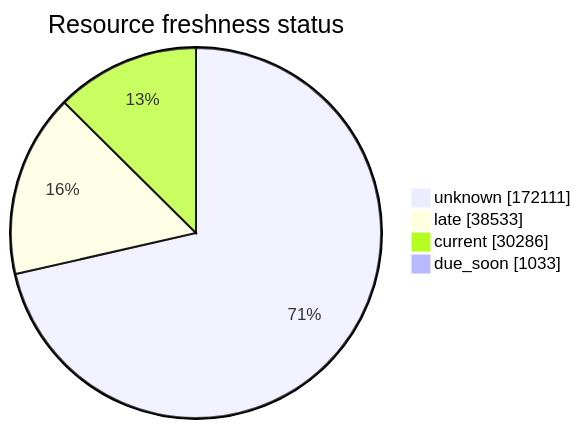
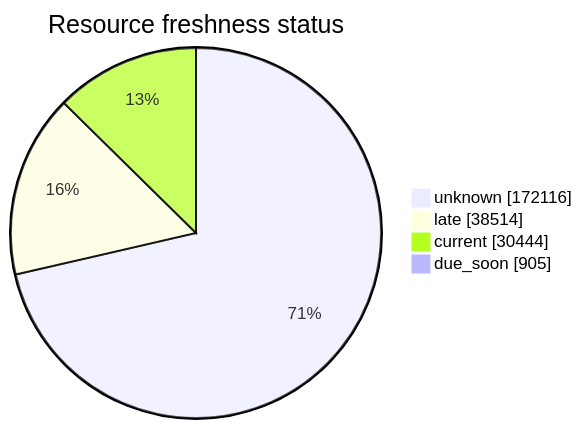
The third of 5 diagrams in FreshCheck/README.md (open-data/analytics-corporate-reporting), drawn with Mermaid before and after one commit. The commit also changed other lines of this file and 3 other files, not shown here.

````diff
--- a/FreshCheck/README.md
+++ b/FreshCheck/README.md
@@ -77,7 +77,7 @@
 ```mermaid
 pie showData title Resource freshness status
-    "unknown": 172111
-    "late": 38533
-    "current": 30286
-    "due_soon": 1033
+    "unknown": 172116
+    "late": 38514
+    "current": 30444
+    "due_soon": 905
 ```
````
